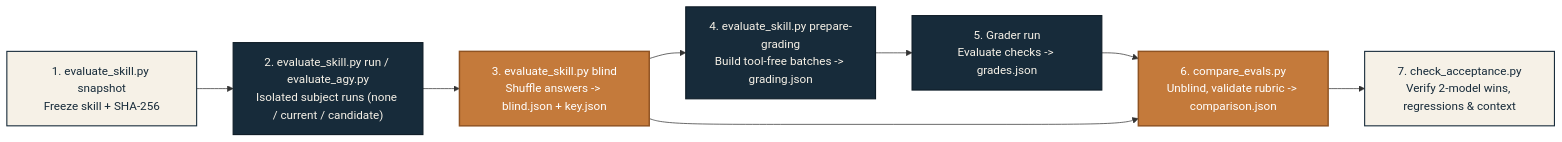
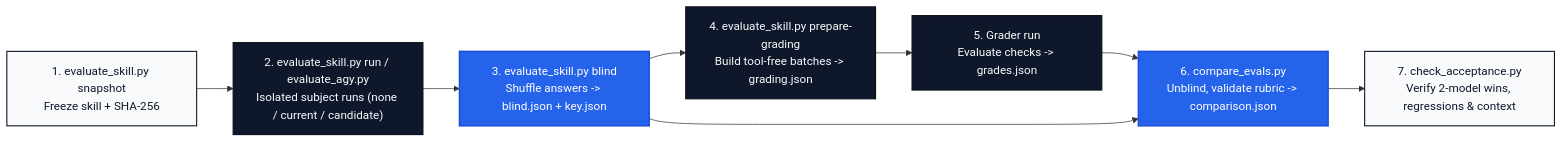
One commit to Woffluon/system-design-compass changed the diagram in evals/README.md. Above: the diagram before and after it, drawn with Mermaid. The commit also changed other lines of this file and 7 other files, not shown here.

````diff
--- a/evals/README.md
+++ b/evals/README.md
@@ -17,13 +17,13 @@
 ```mermaid
 flowchart LR
-    classDef navy fill:#172b3a,stroke:#0d1b26,color:#f6f1e7,stroke-width:1.5px
-    classDef copper fill:#c47a3b,stroke:#8f5322,color:#ffffff,stroke-width:2px
-    classDef slate fill:#f6f1e7,stroke:#172b3a,color:#172b3a,stroke-width:1.5px
+    classDef navy fill:#0f172a,stroke:#090d16,color:#f8fafc,stroke-width:1.5px
+    classDef cobalt fill:#2563eb,stroke:#1d4ed8,color:#ffffff,stroke-width:2px
+    classDef slate fill:#f8fafc,stroke:#0f172a,color:#0f172a,stroke-width:1.5px
 
     Snap["1. evaluate_skill.py snapshot\nFreeze skill + SHA-256"]:::slate --> Run["2. evaluate_skill.py run / evaluate_agy.py\nIsolated subject runs (none / current / candidate)"]:::navy
-    Run --> Blind["3. evaluate_skill.py blind\nShuffle answers -> blind.json + key.json"]:::copper
+    Run --> Blind["3. evaluate_skill.py blind\nShuffle answers -> blind.json + key.json"]:::cobalt
     Blind --> Prep["4. evaluate_skill.py prepare-grading\nBuild tool-free batches -> grading.json"]:::navy
     Prep --> Grade["5. Grader run\nEvaluate checks -> grades.json"]:::navy
-    Grade & Blind --> Comp["6. compare_evals.py\nUnblind, validate rubric -> comparison.json"]:::copper
+    Grade & Blind --> Comp["6. compare_evals.py\nUnblind, validate rubric -> comparison.json"]:::cobalt
     Comp --> Gate["7. check_acceptance.py\nVerify 2-model wins, regressions & context"]:::slate
 ```
````
